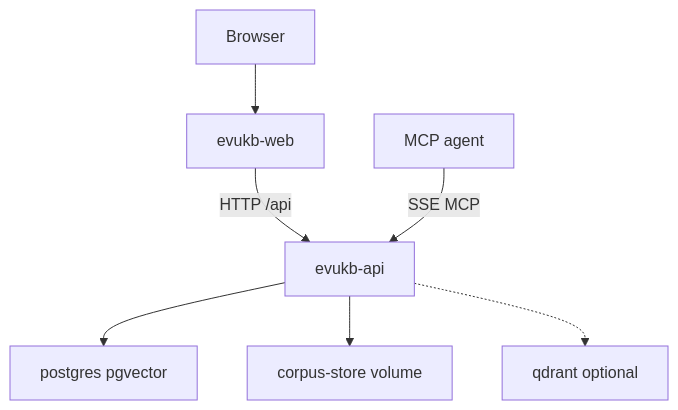
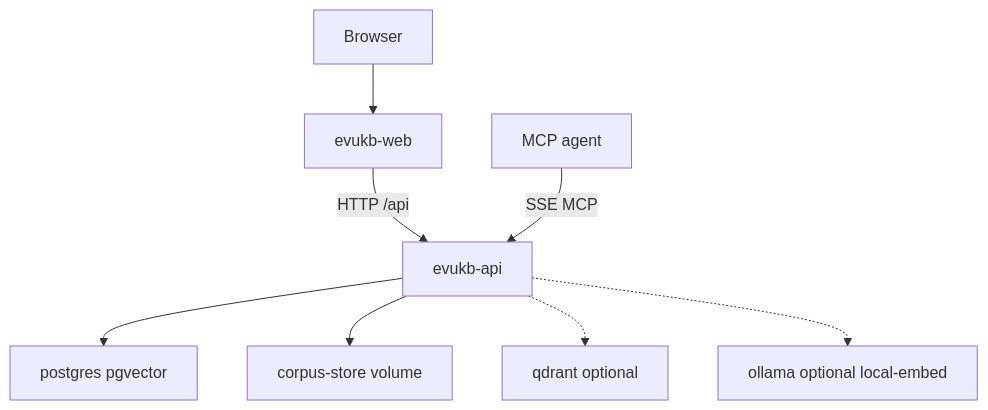
One commit to imevul/evukb changed the third of 4 diagrams in SPEC.md. Above: the diagram before and after it, drawn with Mermaid. The commit also changed other lines of this file and 12 other files, not shown here.

First line of the commit message:
Add optional Ollama local-embed compose profile for dev embeddings.

````diff
--- a/SPEC.md
+++ b/SPEC.md
@@ -424,9 +426,10 @@
 ```mermaid
 flowchart TB
   Browser["Browser"] --> Web["evukb-web"]
   Web -->|"HTTP /api"| API["evukb-api"]
   Agent["MCP agent"] -->|"SSE MCP"| API
   API --> PG["postgres pgvector"]
   API --> FS["corpus-store volume"]
   API -.-> QD["qdrant optional"]
+  API -.-> OL["ollama optional local-embed"]
 ```
````
